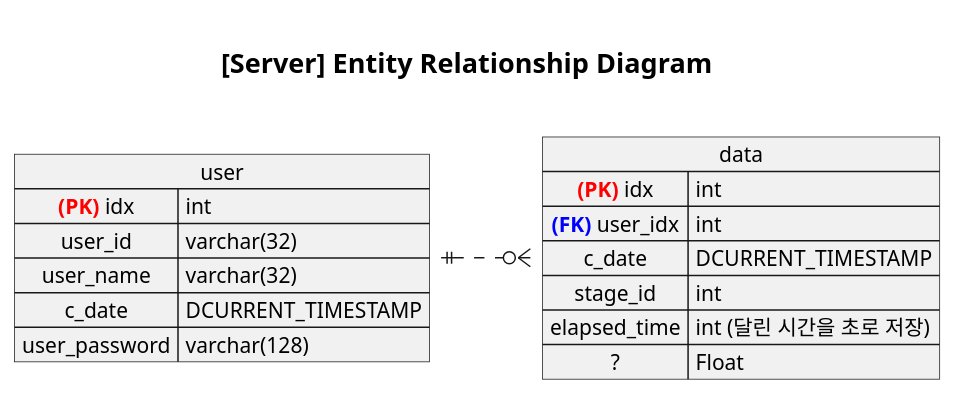
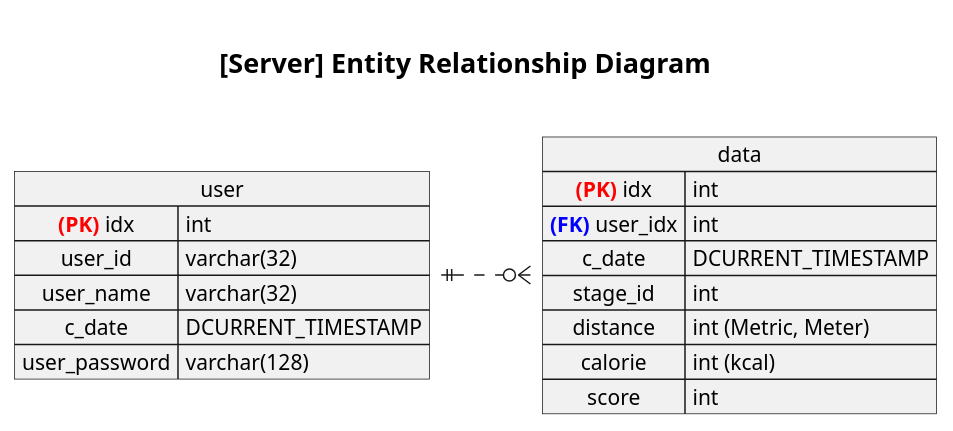
One commit to GC211MP/API changed the diagram in documents/erd.puml. Above: the diagram before and after it, drawn with PlantUML. The commit also changed 1 other file, not shown here.

```diff
--- a/documents/erd.puml
+++ b/documents/erd.puml
@@ -1,35 +1,36 @@
 @startuml er-diagram
 
 ' https://raw.githubusercontent.com/GC211MP/API/main/documents/erd.puml
 
 left to right direction
 
 title
 
 =[Server] Entity Relationship Diagram
 
 end title
 
 map user {
     <color:red>**(PK)**</color> idx => int
     user_id => varchar(32)
     user_name => varchar(32)
     c_date => DCURRENT_TIMESTAMP
     user_password => varchar(128)
 }
 
 map data {
     <color:red>**(PK)**</color> idx => int
     <color:blue>**(FK)**</color> user_idx => int
     c_date => DCURRENT_TIMESTAMP
     stage_id => int
-    elapsed_time => int (달린 시간을 초로 저장)
-    ? => Float
+    distance => int (Metric, Meter)
+    calorie => int (kcal)
+    score => int
 }
 
 ' select * from (select id, name from user) as tmp1
 '   join data as data on tmp1.id == data.id;
 
 user ||..o{ data
 
 @enduml
```
